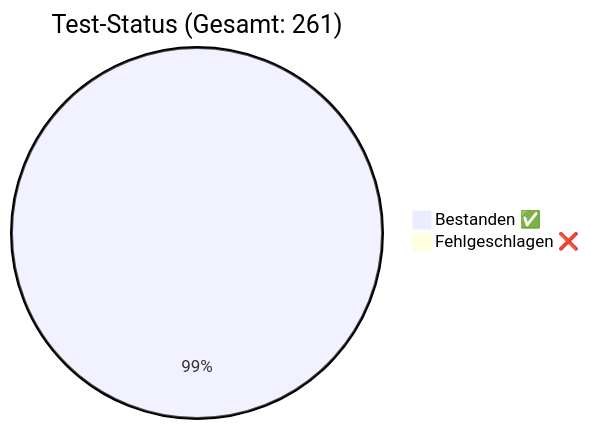
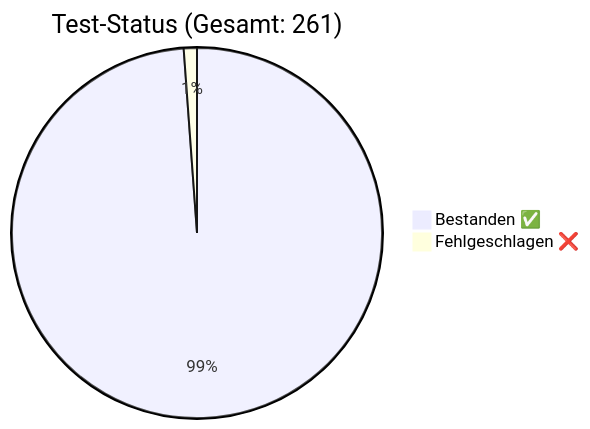
One commit to rorila/GCS changed the diagram in docs/QA_Report.md. Above: the diagram before and after it, drawn with Mermaid. The commit also changed other lines of this file and 30 other files, not shown here.

````diff
--- a/docs/QA_Report.md
+++ b/docs/QA_Report.md
@@ -8,5 +8,5 @@
 ```mermaid
 pie title Test-Status (Gesamt: 261)
-    "Bestanden ✅" : 259
-    "Fehlgeschlagen ❌" : 2
+    "Bestanden ✅" : 258
+    "Fehlgeschlagen ❌" : 3
 ```
````
